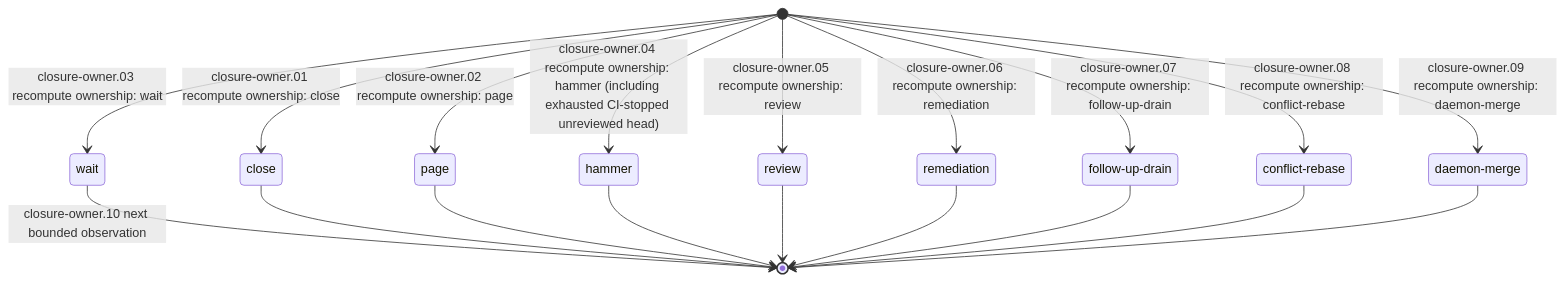
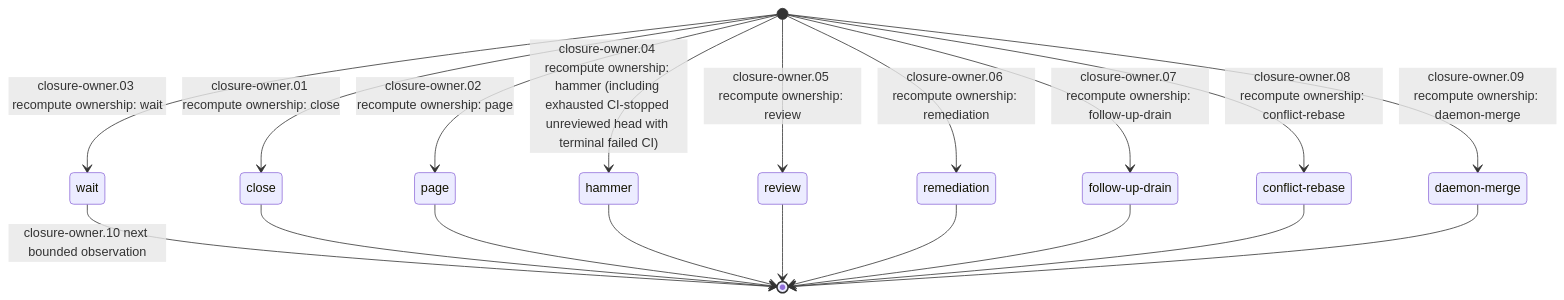
One commit to laceyenterprises/adversarial-review changed the fifth of 6 diagrams in README.md. Above: the diagram before and after it, drawn with Mermaid. The commit also changed other lines of this file and 11 other files, not shown here.

First line of the commit message:
CIBLOCKHAM-03: align failed-CI ownership and refusal settlement

````diff
--- a/README.md
+++ b/README.md
@@ -1137,30 +1139,30 @@
 ```mermaid
 stateDiagram-v2
     state "close" as s0
     state "page" as s1
     state "wait" as s2
     state "hammer" as s3
     state "review" as s4
     state "remediation" as s5
     state "follow-up-drain" as s6
     state "conflict-rebase" as s7
     state "daemon-merge" as s8
     [*] --> s0: closure-owner.01 recompute ownership: close
     [*] --> s1: closure-owner.02 recompute ownership: page
     [*] --> s2: closure-owner.03 recompute ownership: wait
-    [*] --> s3: closure-owner.04 recompute ownership: hammer (including exhausted CI-stopped unreviewed head)
+    [*] --> s3: closure-owner.04 recompute ownership: hammer (including exhausted CI-stopped unreviewed head with terminal failed CI)
     [*] --> s4: closure-owner.05 recompute ownership: review
     [*] --> s5: closure-owner.06 recompute ownership: remediation
     [*] --> s6: closure-owner.07 recompute ownership: follow-up-drain
     [*] --> s7: closure-owner.08 recompute ownership: conflict-rebase
     [*] --> s8: closure-owner.09 recompute ownership: daemon-merge
     s2 --> [*]: closure-owner.10 next bounded observation
     s0 --> [*]
     s1 --> [*]
     s3 --> [*]
     s4 --> [*]
     s5 --> [*]
     s6 --> [*]
     s7 --> [*]
     s8 --> [*]
 ```
````
